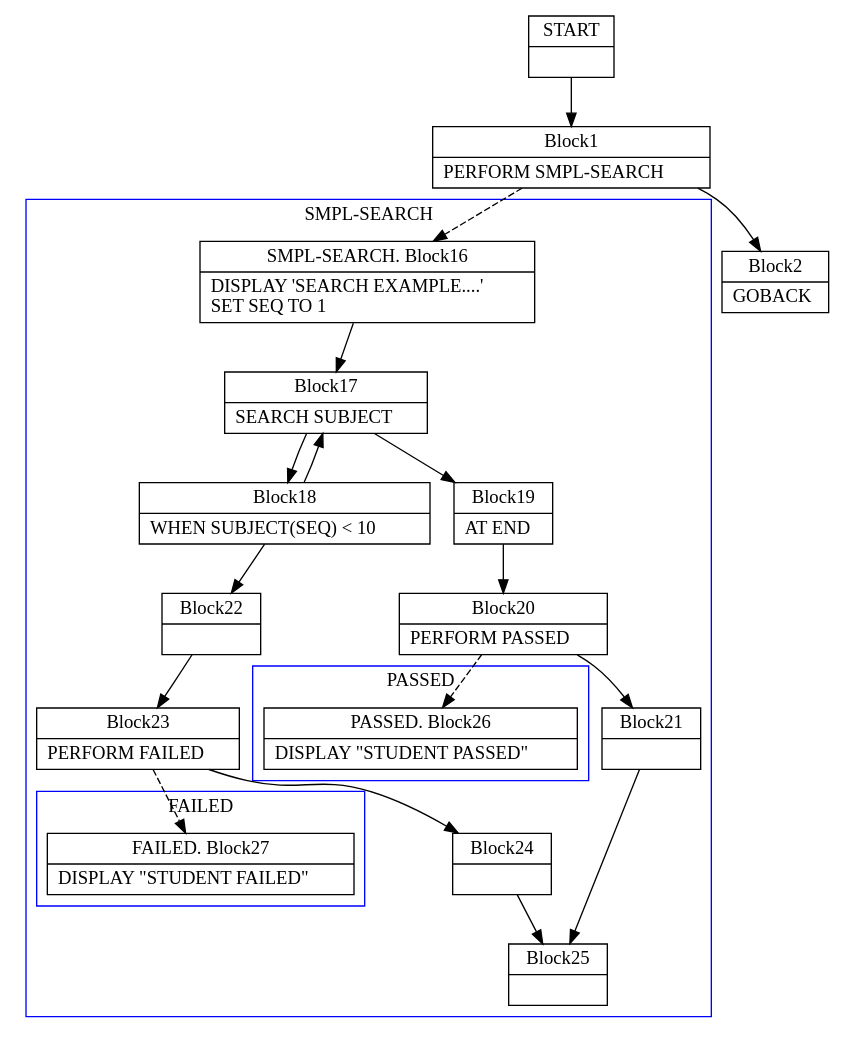
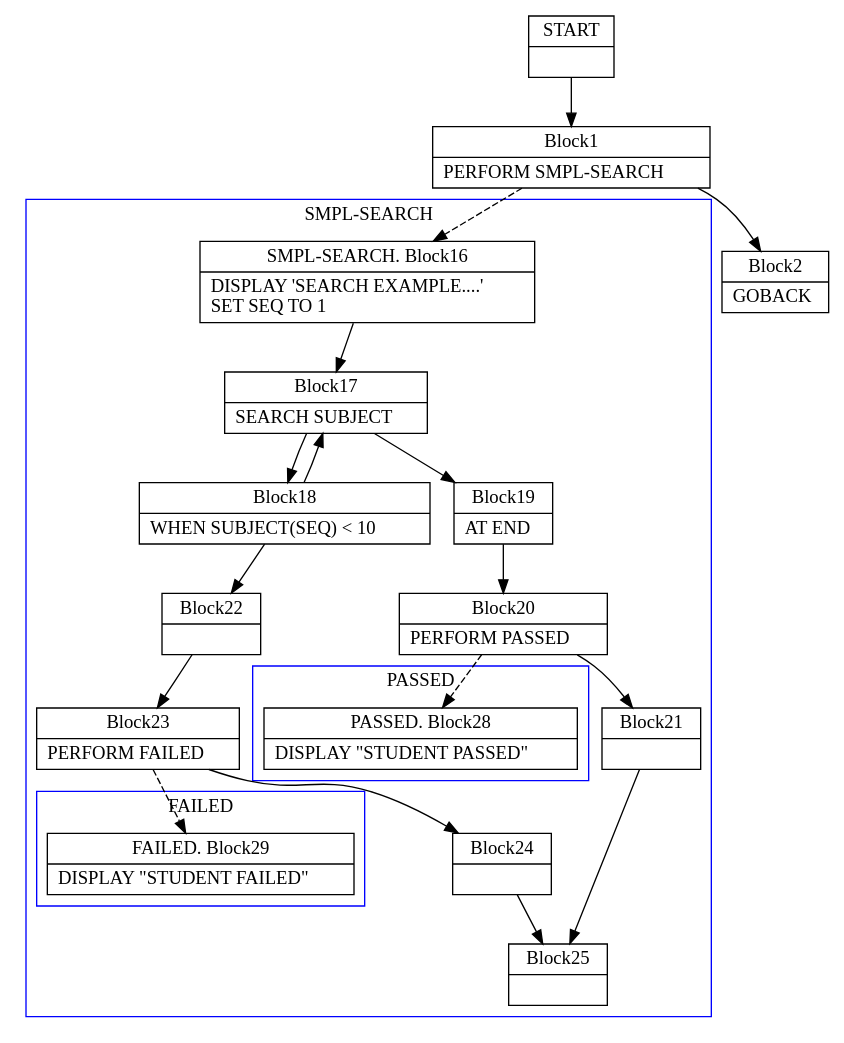
The diagram in TypeCobol.Analysis.Test/BasicCfgInstrs/SearchPerform0.dot (TypeCobolTeam/TypeCobol), drawn with Graphviz before and after one commit. The commit also changed 54 other files, not shown here.

Commit message:
WI #1267 Fix iterative and recursive PERFORMs graph building

```diff
--- a/TypeCobol.Analysis.Test/BasicCfgInstrs/SearchPerform0.dot
+++ b/TypeCobol.Analysis.Test/BasicCfgInstrs/SearchPerform0.dot
@@ -1,90 +1,90 @@
 digraph Cfg {
 compound=true;
 node [
 shape = "record"
 ]
 
 edge [
 arrowtail = "empty"
 ]
 Block0 [
 label = "{START|}"
 ]
 Block1 [
 label = "{Block1|    PERFORM SMPL-SEARCH\l}"
 ]
 subgraph cluster_1{
 color = blue;
 label = "SMPL-SEARCH";
 Block16 [
 label = "{SMPL-SEARCH. Block16|    DISPLAY 'SEARCH EXAMPLE....'\l    SET SEQ TO 1\l}"
 ]
 Block17 [
 label = "{Block17|    SEARCH SUBJECT\l}"
 ]
 Block18 [
 label = "{Block18|       WHEN SUBJECT(SEQ) \< 10\l}"
 ]
 Block22 [
 label = "{Block22|}"
 ]
 Block23 [
 label = "{Block23|          PERFORM FAILED\l}"
 ]
 subgraph cluster_3{
 color = blue;
 label = "FAILED";
-Block27 [
-label = "{FAILED. Block27|    DISPLAY \"STUDENT FAILED\"\l}"
+Block29 [
+label = "{FAILED. Block29|    DISPLAY \"STUDENT FAILED\"\l}"
 ]
 
 }
-Block23 -> Block27 [style=dashed]
+Block23 -> Block29 [style=dashed]
 
 Block24 [
 label = "{Block24|}"
 ]
 Block25 [
 label = "{Block25|}"
 ]
 Block19 [
 label = "{Block19|       AT END\l}"
 ]
 Block20 [
 label = "{Block20|          PERFORM PASSED\l}"
 ]
 subgraph cluster_2{
 color = blue;
 label = "PASSED";
-Block26 [
-label = "{PASSED. Block26|    DISPLAY \"STUDENT PASSED\"\l}"
+Block28 [
+label = "{PASSED. Block28|    DISPLAY \"STUDENT PASSED\"\l}"
 ]
 
 }
-Block20 -> Block26 [style=dashed]
+Block20 -> Block28 [style=dashed]
 
 Block21 [
 label = "{Block21|}"
 ]
 Block16 -> Block17
 Block17 -> Block18
 Block17 -> Block19
 Block18 -> Block22
 Block18 -> Block17
 Block22 -> Block23
 Block23 -> Block24
 Block24 -> Block25
 Block19 -> Block20
 Block20 -> Block21
 Block21 -> Block25
 
 }
 Block1 -> Block16 [style=dashed]
 
 Block2 [
 label = "{Block2|    GOBACK\l}"
 ]
 Block0 -> Block1
 Block1 -> Block2
 
 }
```
